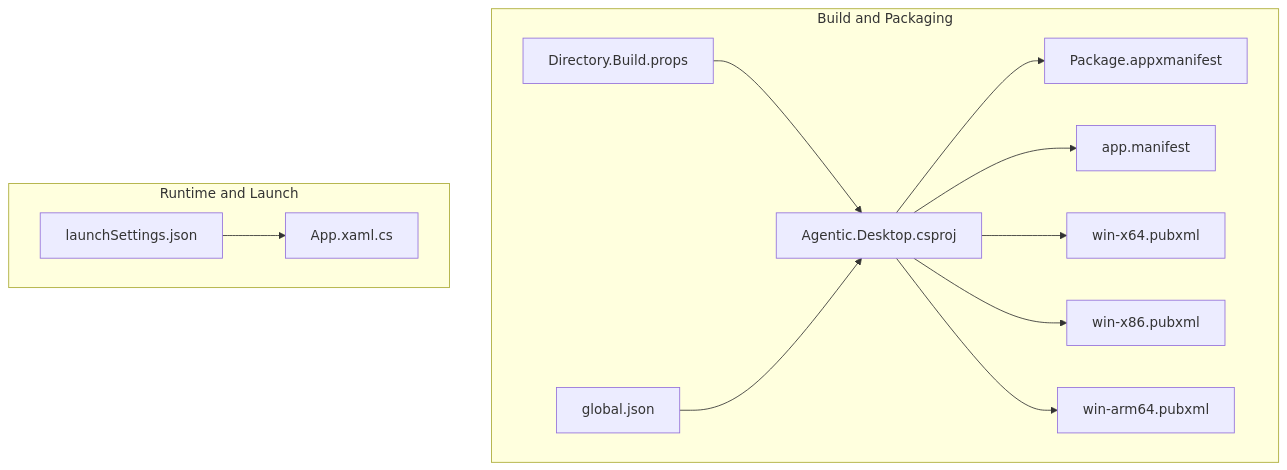
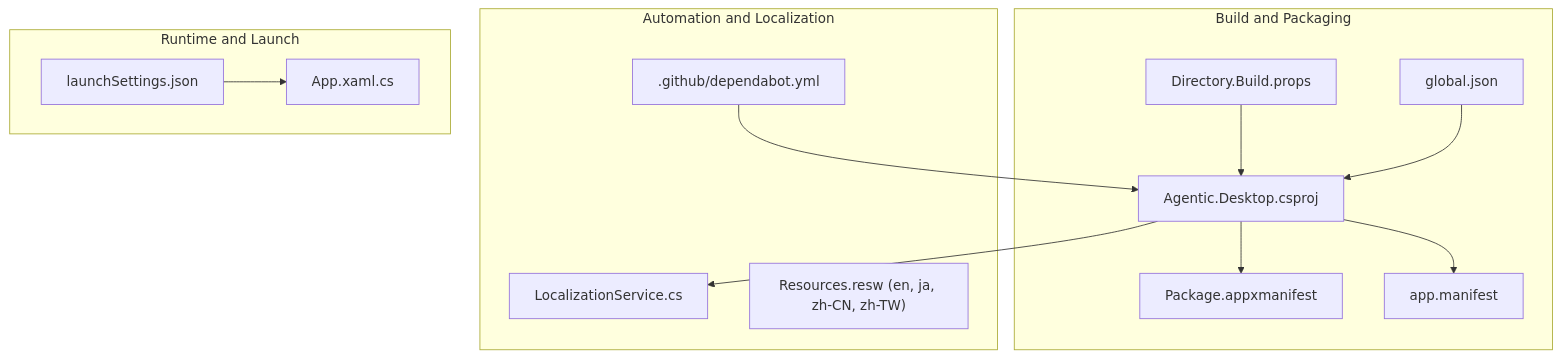
The first of 10 diagrams in .qoder/repowiki/en/content/Configuration and Deployment.md (AgenticDesktop/App), drawn with Mermaid before and after one commit. The commit also changed other lines of this file and 22 other files, not shown here.

````diff
--- a/.qoder/repowiki/en/content/Configuration and Deployment.md
+++ b/.qoder/repowiki/en/content/Configuration and Deployment.md
@@ -39,25 +46,26 @@
 ```mermaid
 graph TB
 subgraph "Build and Packaging"
 CSProj["Agentic.Desktop.csproj"]
 BuildProps["Directory.Build.props"]
 GlobalJSON["global.json"]
 AppXManifest["Package.appxmanifest"]
 AppManifest["app.manifest"]
-PubX64["win-x64.pubxml"]
-PubX86["win-x86.pubxml"]
-PubArm64["win-arm64.pubxml"]
+end
+subgraph "Automation and Localization"
+Dependabot[".github/dependabot.yml"]
+LocalizationService["LocalizationService.cs"]
+Resources["Resources.resw (en, ja, zh-CN, zh-TW)"]
 end
 subgraph "Runtime and Launch"
 LaunchSettings["launchSettings.json"]
 AppCode["App.xaml.cs"]
 end
 CSProj --> AppXManifest
 CSProj --> AppManifest
-CSProj --> PubX64
-CSProj --> PubX86
-CSProj --> PubArm64
+CSProj --> LocalizationService
 BuildProps --> CSProj
 GlobalJSON --> CSProj
+Dependabot --> CSProj
 LaunchSettings --> AppCode
 ```
````
